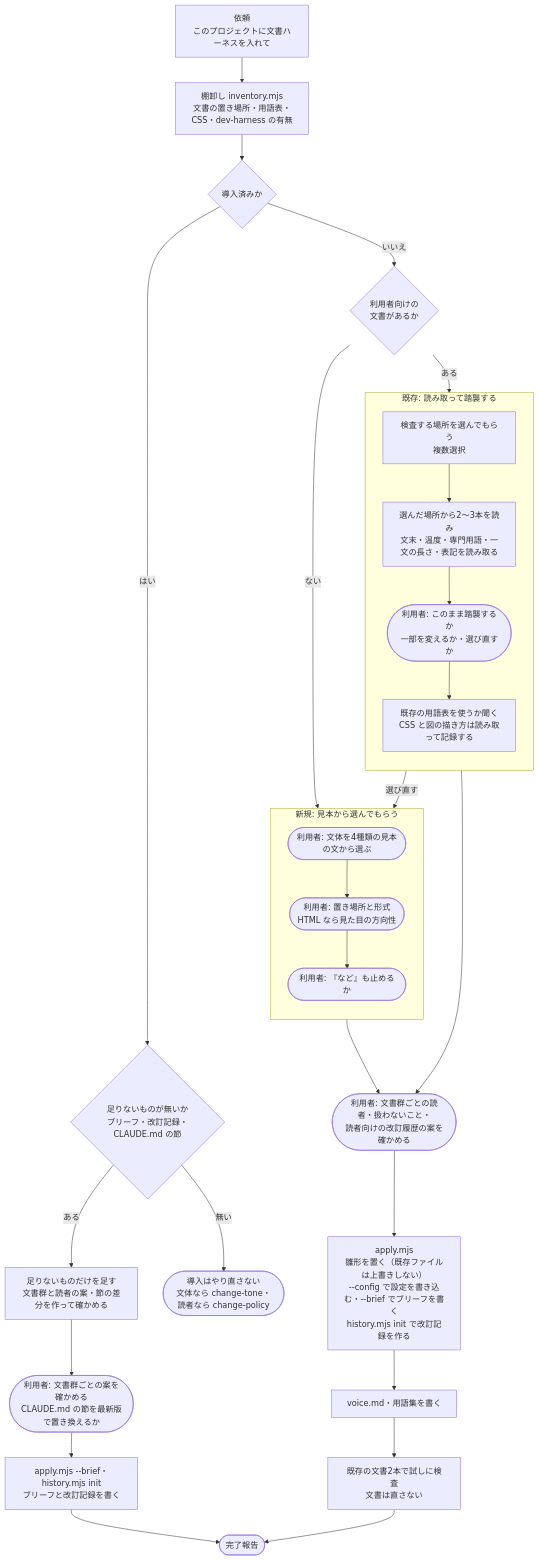
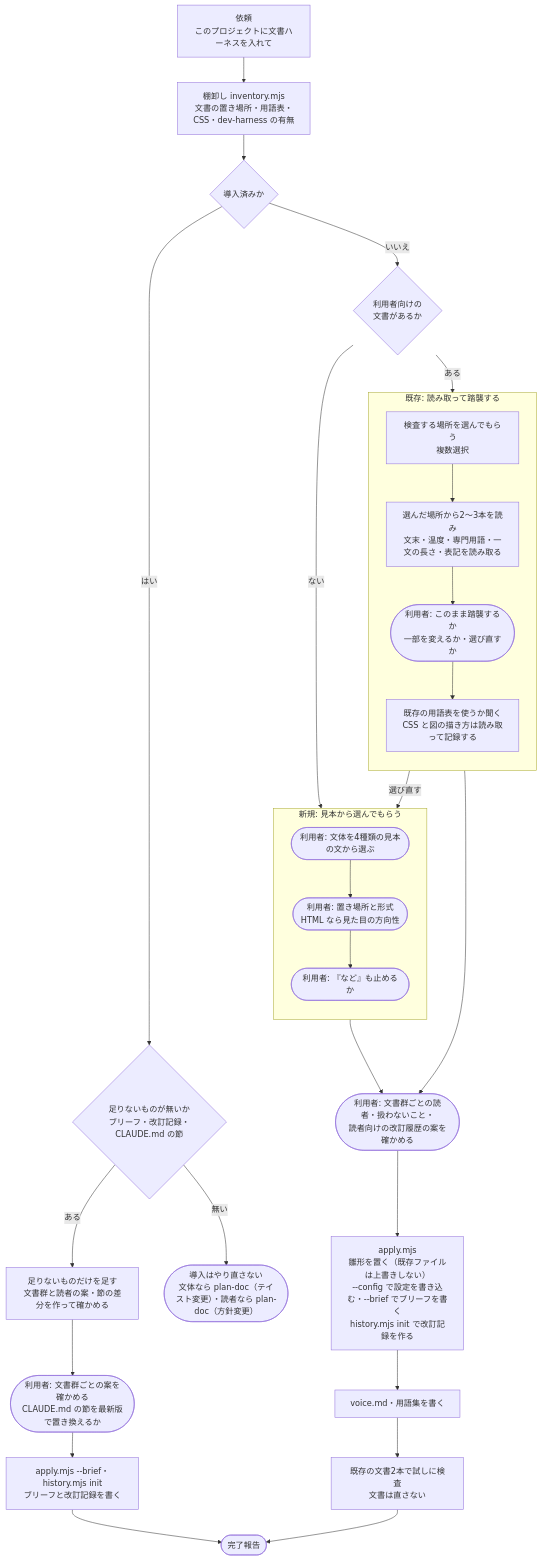
Before and after one commit to mizuta0711/claude-doc-harness: the diagram in docs/diagrams/03_導入フロー図.md, drawn with Mermaid. The commit also changed 30 other files, not shown here.

````diff
--- a/docs/diagrams/03_導入フロー図.md
+++ b/docs/diagrams/03_導入フロー図.md
@@ -26,43 +26,43 @@
 ```mermaid
 flowchart TD
     START["依頼<br/>このプロジェクトに文書ハーネスを入れて"]
     INV["棚卸し inventory.mjs<br/>文書の置き場所・用語表・CSS・dev-harness の有無"]
     DONE_BEFORE{"導入済みか"}
     HAS_BRIEF{"足りないものが無いか<br/>ブリーフ・改訂記録・CLAUDE.md の節"}
     ADD_BRIEF["足りないものだけを足す<br/>文書群と読者の案・節の差分を作って確かめる"]
-    TO_TONE(["導入はやり直さない<br/>文体なら change-tone・読者なら change-policy"])
+    TO_TONE(["導入はやり直さない<br/>文体なら plan-doc（テイスト変更）・読者なら plan-doc（方針変更）"])
     EXIST{"利用者向けの<br/>文書があるか"}
 
     subgraph EXISTING["既存: 読み取って踏襲する"]
         direction TB
         A1["検査する場所を選んでもらう<br/>複数選択"]
         A2["選んだ場所から2〜3本を読み<br/>文末・温度・専門用語・一文の長さ・表記を読み取る"]
         A3(["利用者: このまま踏襲するか<br/>一部を変えるか・選び直すか"])
         A4["既存の用語表を使うか聞く<br/>CSS と図の描き方は読み取って記録する"]
     end
 
     subgraph NEW["新規: 見本から選んでもらう"]
         direction TB
         B1(["利用者: 文体を4種類の見本の文から選ぶ"])
         B2(["利用者: 置き場所と形式<br/>HTML なら見た目の方向性"])
         B3(["利用者: 『など』も止めるか"])
     end
 
     GROUPS(["利用者: 文書群ごとの読者・扱わないこと・<br/>読者向けの改訂履歴の案を確かめる"])
     APPLY["apply.mjs<br/>雛形を置く（既存ファイルは上書きしない）<br/>--config で設定を書き込む・--brief でブリーフを書く<br/>history.mjs init で改訂記録を作る"]
     VOICE["voice.md・用語集を書く"]
     TRY["既存の文書2本で試しに検査<br/>文書は直さない"]
     REPORT(["完了報告"])
 
     START --> INV --> DONE_BEFORE
     DONE_BEFORE -- はい --> HAS_BRIEF
     HAS_BRIEF -- 無い --> TO_TONE
     HAS_BRIEF -- ある --> ADD_BRIEF --> GROUPS2(["利用者: 文書群ごとの案を確かめる<br/>CLAUDE.md の節を最新版で置き換えるか"])
     GROUPS2 --> BRIEF_ONLY["apply.mjs --brief・history.mjs init<br/>ブリーフと改訂記録を書く"] --> REPORT
     DONE_BEFORE -- いいえ --> EXIST
     EXIST -- ある --> A1 --> A2 --> A3 --> A4 --> GROUPS
     A3 -- 選び直す --> B1
     EXIST -- ない --> B1 --> B2 --> B3 --> GROUPS
     GROUPS --> APPLY
     APPLY --> VOICE --> TRY --> REPORT
 ```
````
